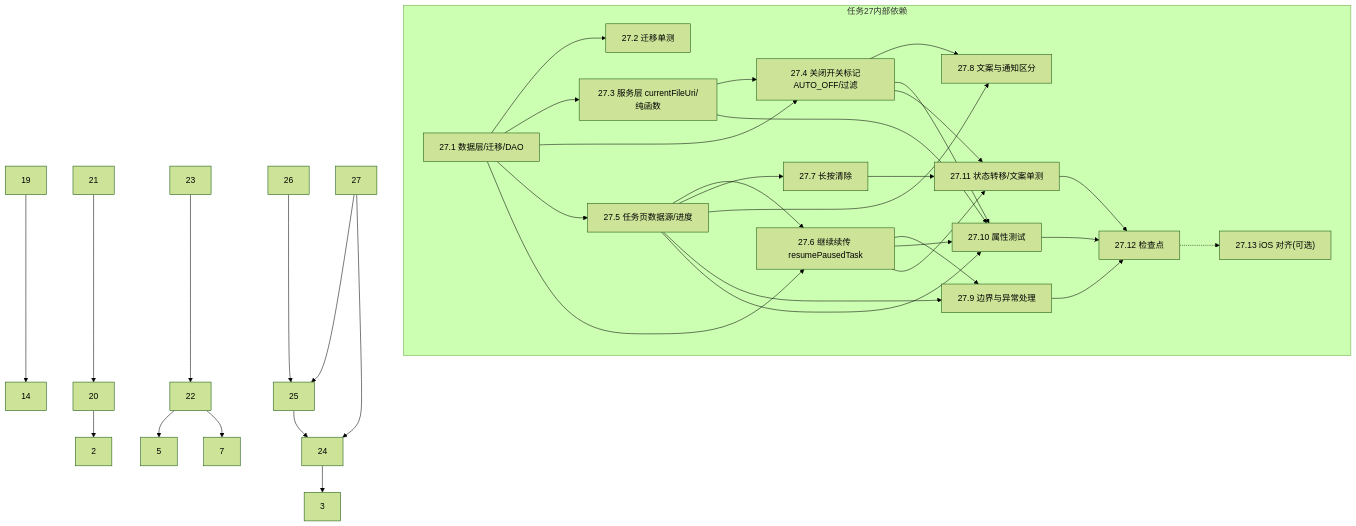
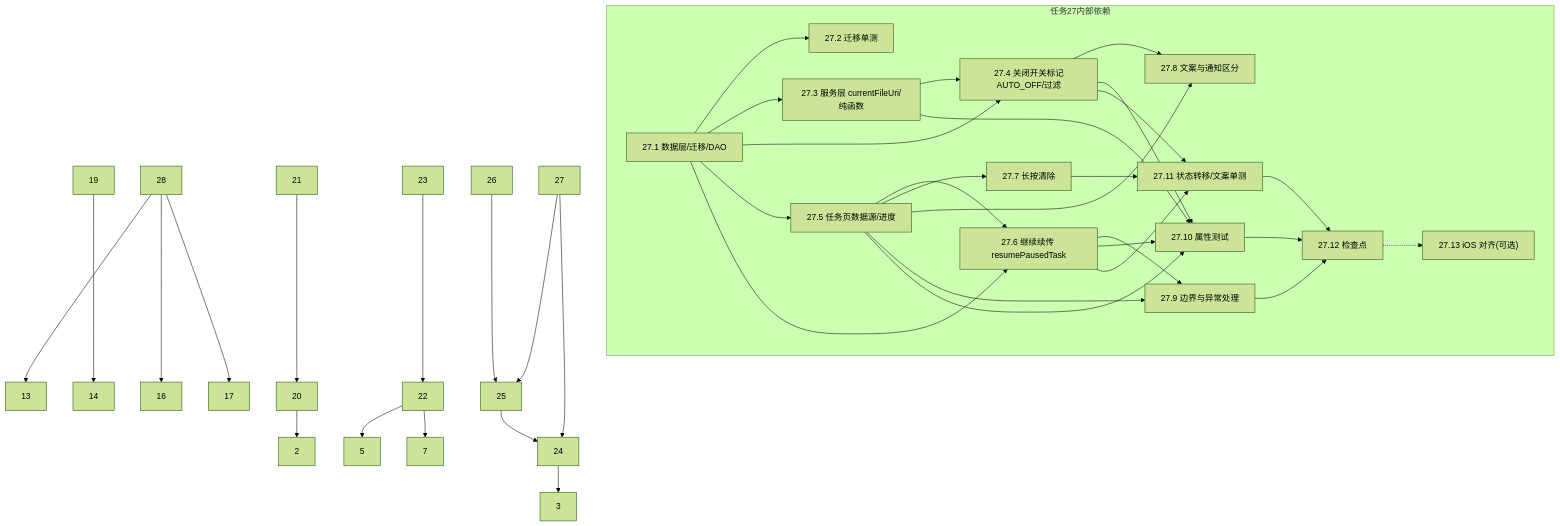
One commit to lucky0523/PhotoVault changed the diagram in .kiro/specs/photo-backup-service/tasks.md. Above: the diagram before and after it, drawn with Mermaid (forest theme). The commit also changed other lines of this file and 26 other files, not shown here.

````diff
--- a/.kiro/specs/photo-backup-service/tasks.md
+++ b/.kiro/specs/photo-backup-service/tasks.md
@@ -206,39 +215,42 @@
 ```mermaid
 graph TD
     19 --> 14
     20 --> 2
     21 --> 20
     22 --> 5
     22 --> 7
     23 --> 22
     24 --> 3
     25 --> 24
     26 --> 25
     27 --> 24
     27 --> 25
+    28 --> 13
+    28 --> 16
+    28 --> 17
     subgraph 任务27内部依赖
         T271["27.1 数据层/迁移/DAO"] --> T272["27.2 迁移单测"]
         T271 --> T273["27.3 服务层 currentFileUri/纯函数"]
         T271 --> T274["27.4 关闭开关标记AUTO_OFF/过滤"]
         T271 --> T275["27.5 任务页数据源/进度"]
         T273 --> T274
         T275 --> T276["27.6 继续续传 resumePausedTask"]
         T271 --> T276
         T275 --> T277["27.7 长按清除"]
         T274 --> T278["27.8 文案与通知区分"]
         T275 --> T278
         T276 --> T279["27.9 边界与异常处理"]
         T275 --> T279
         T273 --> T2710["27.10 属性测试"]
         T274 --> T2710
         T275 --> T2710
         T276 --> T2710
         T274 --> T2711["27.11 状态转移/文案单测"]
         T276 --> T2711
         T277 --> T2711
         T279 --> T2712["27.12 检查点"]
         T2710 --> T2712
         T2711 --> T2712
         T2712 -.-> T2713["27.13 iOS 对齐(可选)"]
     end
 ```
````
